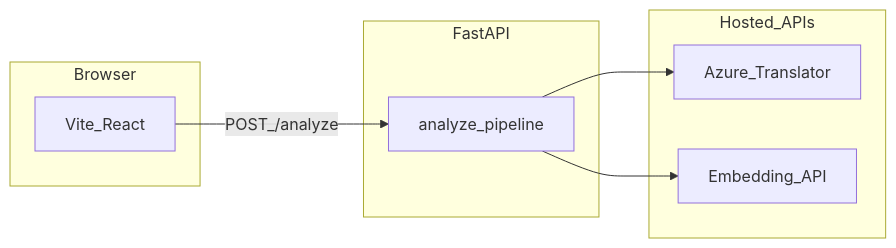
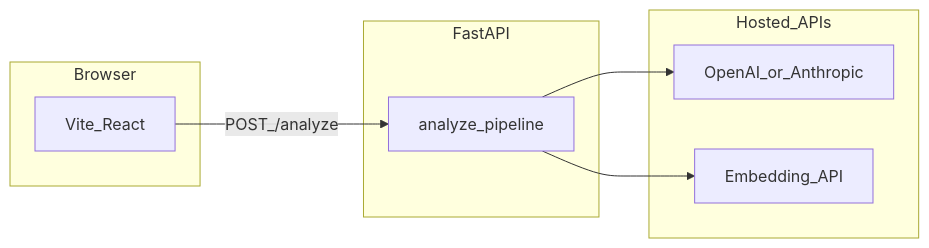
The diagram in README.md (vignesh-ponraj/nlp-project), drawn with Mermaid before and after one commit. The commit also changed other lines of this file and 4 other files, not shown here.

First line of the commit message:
refactor: translate via OpenAI or Anthropic instead of Azure

````diff
--- a/README.md
+++ b/README.md
@@ -28,16 +28,16 @@
 ```mermaid
 flowchart LR
   subgraph ui [Browser]
     SPA[Vite_React]
   end
   subgraph api [FastAPI]
     A[analyze_pipeline]
   end
   subgraph cloud [Hosted_APIs]
-    T[Azure_Translator]
+    T[OpenAI_or_Anthropic]
     E[Embedding_API]
   end
   SPA -->|POST_/analyze| A
   A --> T
   A --> E
 ```
````
